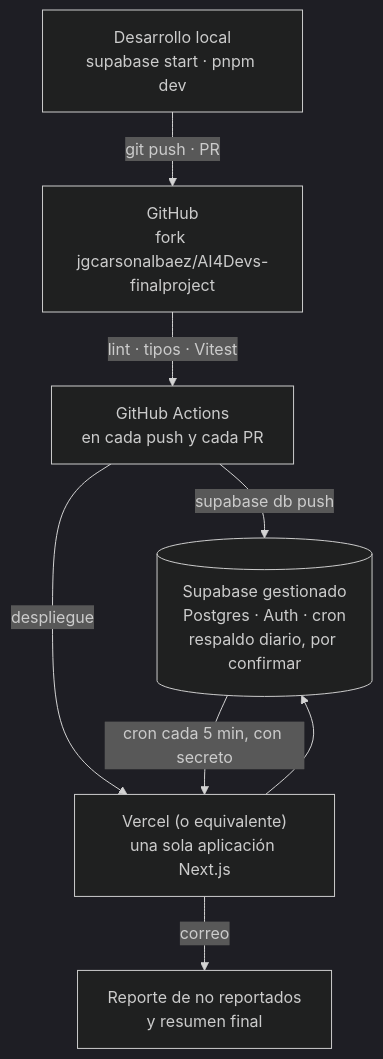
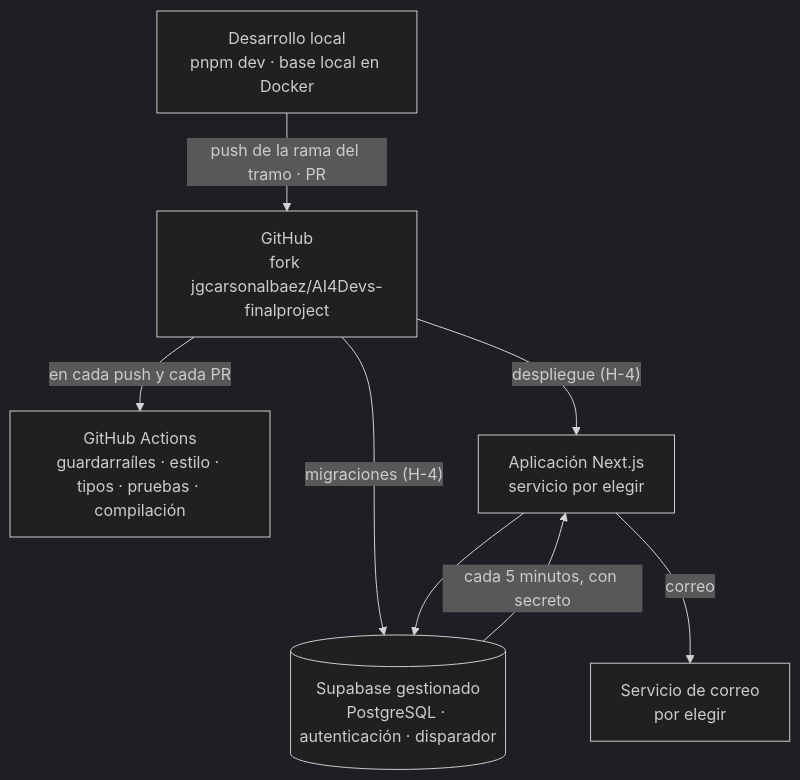
The second of 3 diagrams in readme.md (LIDR-academy-temp/AI4Devs-finalproject), drawn with Mermaid (dark theme) before and after one commit. The commit also changed other lines of this file and 95 other files, not shown here.

````diff
--- a/readme.md
+++ b/readme.md
@@ -247,10 +259,10 @@
 ```mermaid
 flowchart TB
-  DEV["Desarrollo local<br/>supabase start · pnpm dev"] -- "git push · PR" --> GH["GitHub<br/>fork jgcarsonalbaez/AI4Devs-finalproject"]
-  GH -- "lint · tipos · Vitest" --> CI["GitHub Actions<br/>en cada push y cada PR"]
-  CI -- "supabase db push" --> SB[("Supabase gestionado<br/>Postgres · Auth · cron<br/>respaldo diario, por confirmar")]
-  CI -- "despliegue" --> WEB["Vercel (o equivalente)<br/>una sola aplicación Next.js"]
+  DEV["Desarrollo local<br/>pnpm dev · base local en Docker"] -- "push de la rama del tramo · PR" --> GH["GitHub<br/>fork jgcarsonalbaez/AI4Devs-finalproject"]
+  GH -- "en cada push y cada PR" --> CI["GitHub Actions<br/>guardarraíles · estilo · tipos · pruebas · compilación"]
+  GH -- "despliegue (H-4)" --> WEB["Aplicación Next.js<br/>servicio por elegir"]
+  GH -- "migraciones (H-4)" --> SB[("Supabase gestionado<br/>PostgreSQL · autenticación · disparador")]
   WEB --> SB
-  SB -- "cron cada 5 min, con secreto" --> WEB
-  WEB -- "correo" --> MAIL["Reporte de no reportados<br/>y resumen final"]
+  SB -- "cada 5 minutos, con secreto" --> WEB
+  WEB -- "correo" --> MAIL["Servicio de correo<br/>por elegir"]
 ```
````
